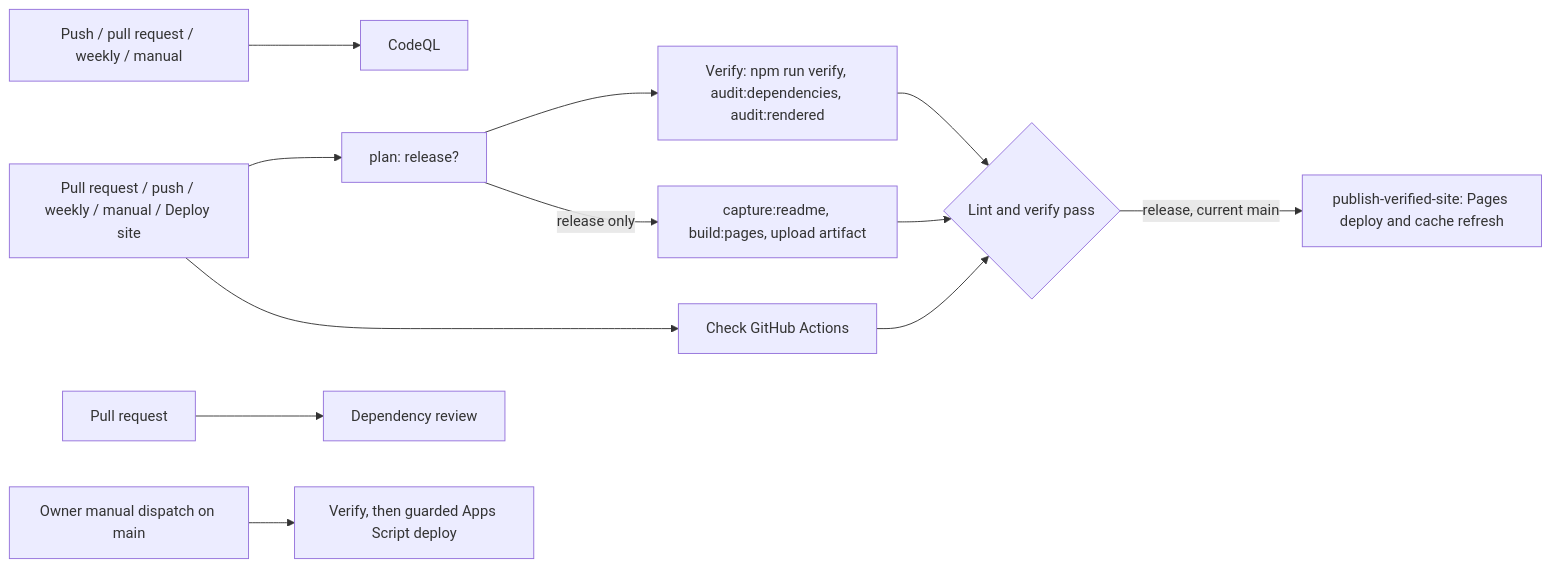
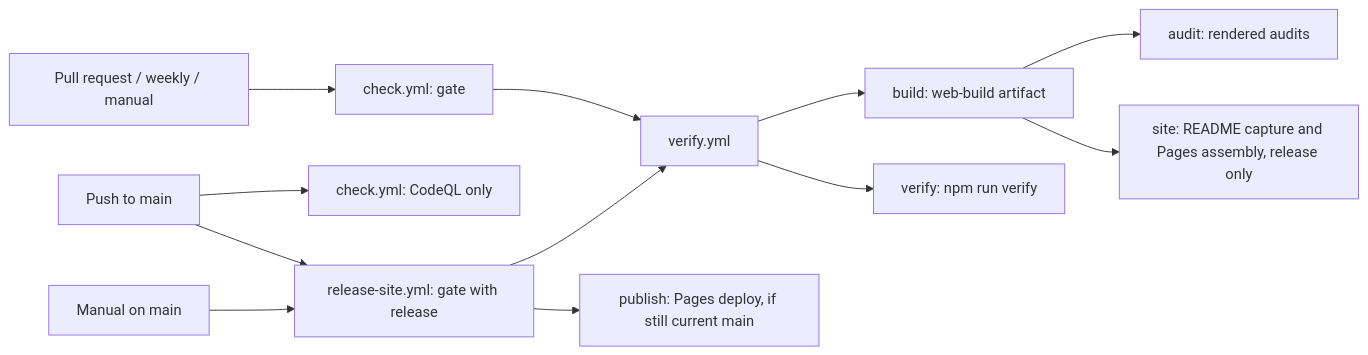
The diagram in docs/operations/github-actions.md (AlbiDR/FolioDash), drawn with Mermaid before and after one commit. The commit also changed other lines of this file and 8 other files, not shown here.

Commit message:
ci: split the workflows into check and release, and build the site once

````diff
--- a/docs/operations/github-actions.md
+++ b/docs/operations/github-actions.md
@@ -28,14 +26,14 @@
 ```mermaid
 flowchart LR
-    trigger[Pull request / push / weekly / manual / Deploy site] --> plan[plan: release?]
-    trigger --> lint[Check GitHub Actions]
-    plan --> verify[Verify: npm run verify, audit:dependencies, audit:rendered]
-    plan -->|release only| build[capture:readme, build:pages, upload artifact]
-    lint --> gate{Lint and verify pass}
-    verify --> gate
-    build --> gate
-    gate -->|release, current main| publish[publish-verified-site: Pages deploy and cache refresh]
-    security[Push / pull request / weekly / manual] --> codeql[CodeQL]
-    pr[Pull request] --> review[Dependency review]
-    owner[Owner manual dispatch on main] --> script[Verify, then guarded Apps Script deploy]
+    pr[Pull request / weekly / manual] --> check[check.yml: gate]
+    push[Push to main] --> codeql[check.yml: CodeQL only]
+    push --> release[release-site.yml: gate with release]
+    manual[Manual on main] --> release
+    check --> gate[verify.yml]
+    release --> gate
+    gate --> build[build: web-build artifact]
+    build --> audit[audit: rendered audits]
+    build --> site[site: README capture and Pages assembly, release only]
+    gate --> verify[verify: npm run verify]
+    release --> publish[publish: Pages deploy, if still current main]
 ```
````
